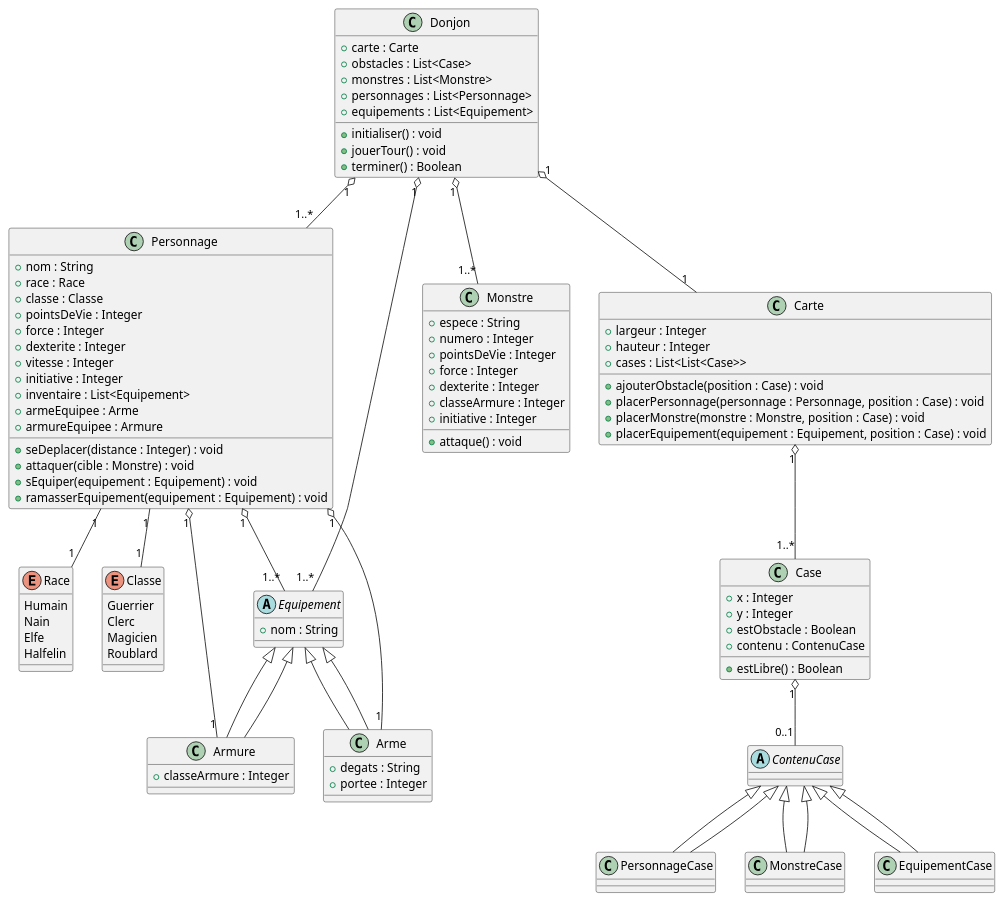
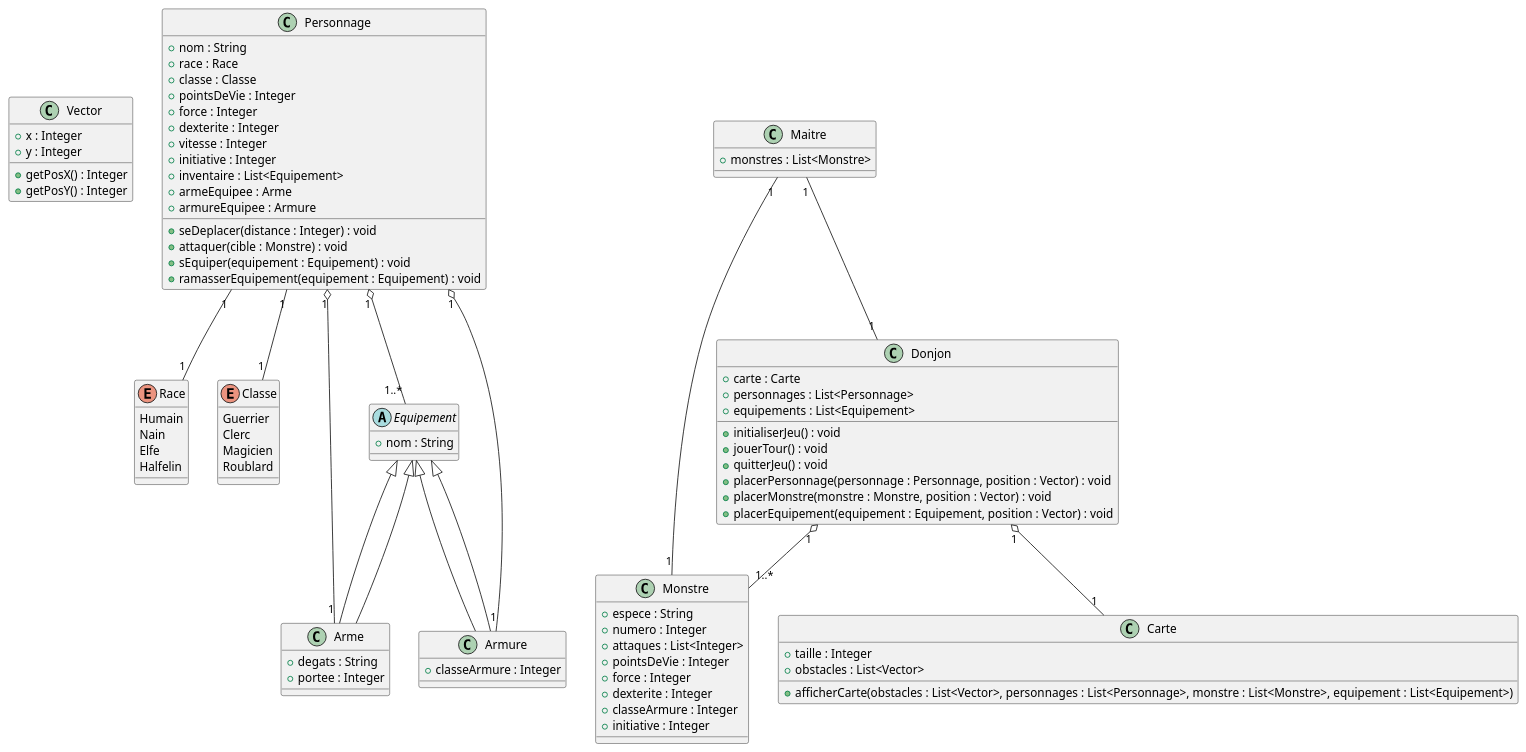
One commit to kadthelad/projet_doonjon_et_dragons changed the diagram in uml/dnd.puml. Above: the diagram before and after it, drawn with PlantUML.

Commit message:
j'ai reussi a ajouter l'uml enfin

```diff
--- a/uml/dnd.puml
+++ b/uml/dnd.puml
@@ -1,129 +1,141 @@
 @startuml
+
+' Définition de la classe Vector
+class Vector {
+    + x : Integer
+    + y : Integer
+
+    + getPosX() : Integer
+    + getPosY() : Integer
+}
 
 ' Définition de la classe Personnage
 class Personnage {
     + nom : String
     + race : Race
     + classe : Classe
     + pointsDeVie : Integer
     + force : Integer
     + dexterite : Integer
     + vitesse : Integer
     + initiative : Integer
     + inventaire : List<Equipement>
     + armeEquipee : Arme
     + armureEquipee : Armure
 
     + seDeplacer(distance : Integer) : void
     + attaquer(cible : Monstre) : void
     + sEquiper(equipement : Equipement) : void
     + ramasserEquipement(equipement : Equipement) : void
 }
 
+class Maitre {
+    + monstres : List<Monstre>
+}
+
 ' Définition de la classe Monstre
 class Monstre {
     + espece : String
     + numero : Integer
+    + attaques : List<Integer>
     + pointsDeVie : Integer
     + force : Integer
     + dexterite : Integer
     + classeArmure : Integer
     + initiative : Integer
-    + attaque() : void
 }
 
 ' Définition de la classe Donjon
 class Donjon {
     + carte : Carte
-    + obstacles : List<Case>
-    + monstres : List<Monstre>
     + personnages : List<Personnage>
     + equipements : List<Equipement>
 
-    + initialiser() : void
+    + initialiserJeu() : void
     + jouerTour() : void
-    + terminer() : Boolean
+    + quitterJeu() : void
+    + placerPersonnage(personnage : Personnage, position : Vector) : void
+    + placerMonstre(monstre : Monstre, position : Vector) : void
+    + placerEquipement(equipement : Equipement, position : Vector) : void
 }
 
 ' Définition de la classe Carte
 class Carte {
-    + largeur : Integer
-    + hauteur : Integer
-    + cases : List<List<Case>>
+    + taille : Integer
+    + obstacles : List<Vector>
 
-    + ajouterObstacle(position : Case) : void
-    + placerPersonnage(personnage : Personnage, position : Case) : void
-    + placerMonstre(monstre : Monstre, position : Case) : void
-    + placerEquipement(equipement : Equipement, position : Case) : void
+
+    + afficherCarte(obstacles : List<Vector>, personnages : List<Personnage>, monstre : List<Monstre>, equipement : List<Equipement>)
 }
 
 ' Définition des races
 enum Race {
     Humain
     Nain
     Elfe
     Halfelin
 }
 
 ' Définition des classes
 enum Classe {
     Guerrier
     Clerc
     Magicien
     Roublard
 }
 
 ' Définition de la classe Equipement
 abstract class Equipement {
     + nom : String
 }
 
 ' Définition de la classe Arme (hérite d'Equipement)
 class Arme extends Equipement {
     + degats : String
     + portee : Integer
 }
 
 ' Définition de la classe Armure (hérite d'Equipement)
 class Armure extends Equipement {
     + classeArmure : Integer
 }
 
 ' Définition de la classe Case
-class Case {
-    + x : Integer
-    + y : Integer
-    + estObstacle : Boolean
-    + contenu : ContenuCase
-
-    + estLibre() : Boolean
-}
+'class Case {
+'    + x : Integer
+'    + y : Integer
+'    + estObstacle : Boolean
+'    + contenu : ContenuCase
+'
+'    + estLibre() : Boolean
+'}
 
 ' Définition des contenus possibles pour une case
-abstract class ContenuCase
-class PersonnageCase extends ContenuCase
-class MonstreCase extends ContenuCase
-class EquipementCase extends ContenuCase
+'abstract class ContenuCase
+'class PersonnageCase extends ContenuCase
+'class MonstreCase extends ContenuCase
+'class EquipementCase extends ContenuCase
 
 ' Relations entre les classes
 Personnage "1" -- "1" Race
 Personnage "1" -- "1" Classe
 Personnage "1" o-- "1" Arme
 Personnage "1" o-- "1" Armure
 Personnage "1" o-- "1..*" Equipement
 
-Carte "1" o-- "1..*" Case
-Case "1" o-- "0..1" ContenuCase
+Maitre "1" -- "1" Monstre
+Maitre "1" -- "1" Donjon
+
+'Carte "1" o-- "1..*" Case
+'Case "1" o-- "0..1" ContenuCase
 Arme --|> Equipement
 Armure --|> Equipement
 
 Donjon "1" o-- "1" Carte
 Donjon "1" o-- "1..*" Monstre
-Donjon "1" o-- "1..*" Personnage
-Donjon "1" o-- "1..*" Equipement
 
-ContenuCase <|-- PersonnageCase
-ContenuCase <|-- MonstreCase
-ContenuCase <|-- EquipementCase
+'ContenuCase <|-- PersonnageCase
+'ContenuCase <|-- MonstreCase
+'ContenuCase <|-- EquipementCase
 
 @enduml
```
